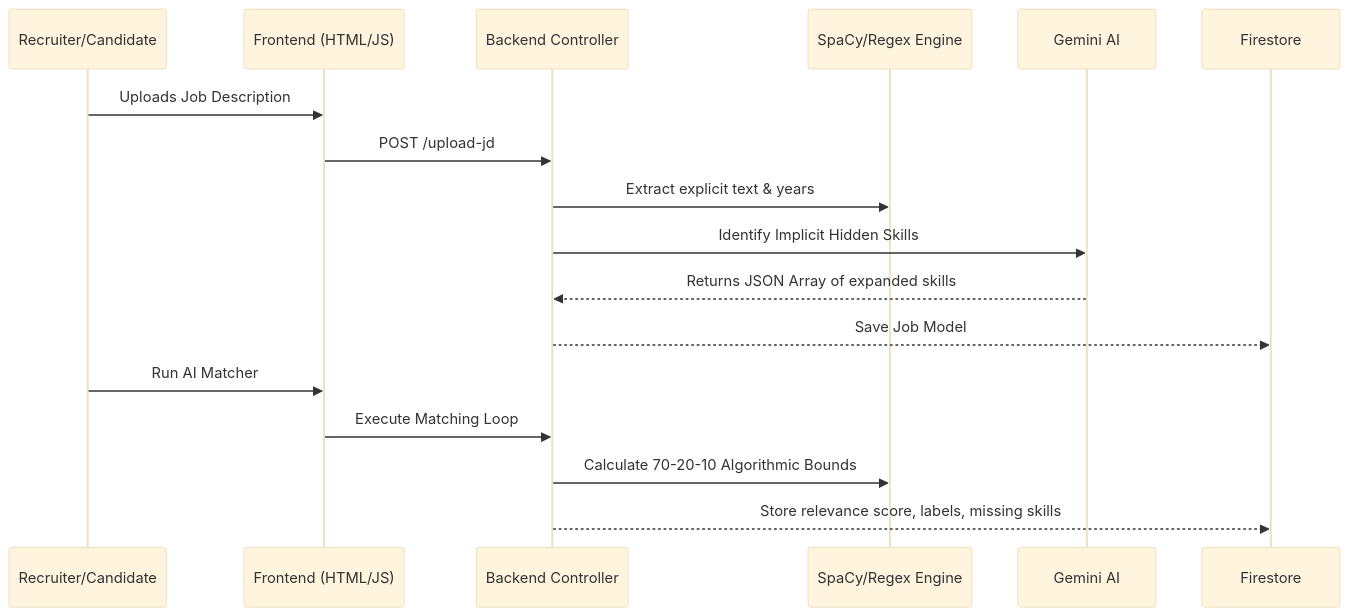
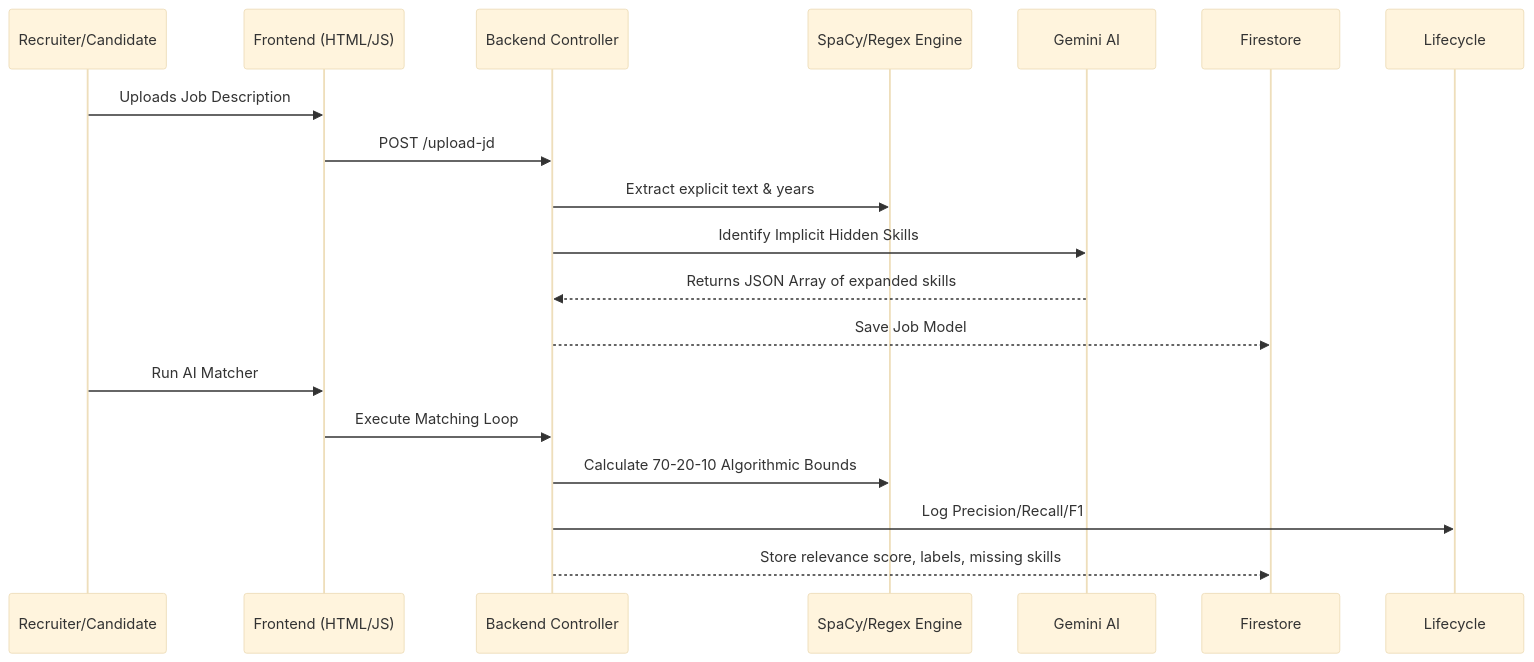
Before and after one commit to krishnagupta2107/MiniProject_4thSem: the second of 2 diagrams in ARCHITECTURE.md, drawn with Mermaid (base theme). The commit also changed other lines of this file and 7 other files, not shown here.

````diff
--- a/ARCHITECTURE.md
+++ b/ARCHITECTURE.md
@@ -46,21 +53,22 @@
 ```mermaid
 sequenceDiagram
     participant User as Recruiter/Candidate
     participant UI as Frontend (HTML/JS)
     participant Flask as Backend Controller
     participant NLP as SpaCy/Regex Engine
     participant LLM as Gemini AI
     participant DB as Firestore
     
     User->>UI: Uploads Job Description
     UI->>Flask: POST /upload-jd
     Flask->>NLP: Extract explicit text & years
     Flask->>LLM: Identify Implicit Hidden Skills
     LLM-->>Flask: Returns JSON Array of expanded skills
     Flask-->>DB: Save Job Model
     
     User->>UI: Run AI Matcher
     UI->>Flask: Execute Matching Loop
     Flask->>NLP: Calculate 70-20-10 Algorithmic Bounds
+    Flask->>Lifecycle: Log Precision/Recall/F1
     Flask-->>DB: Store relevance score, labels, missing skills
 ```
````
